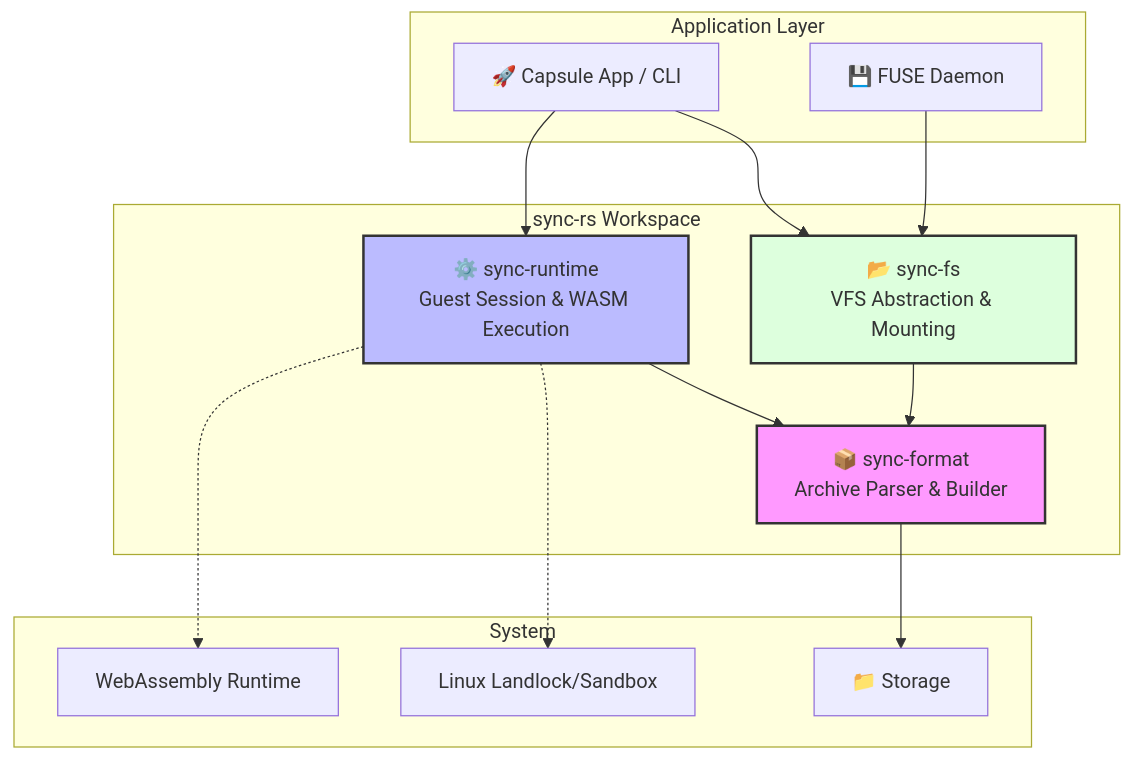
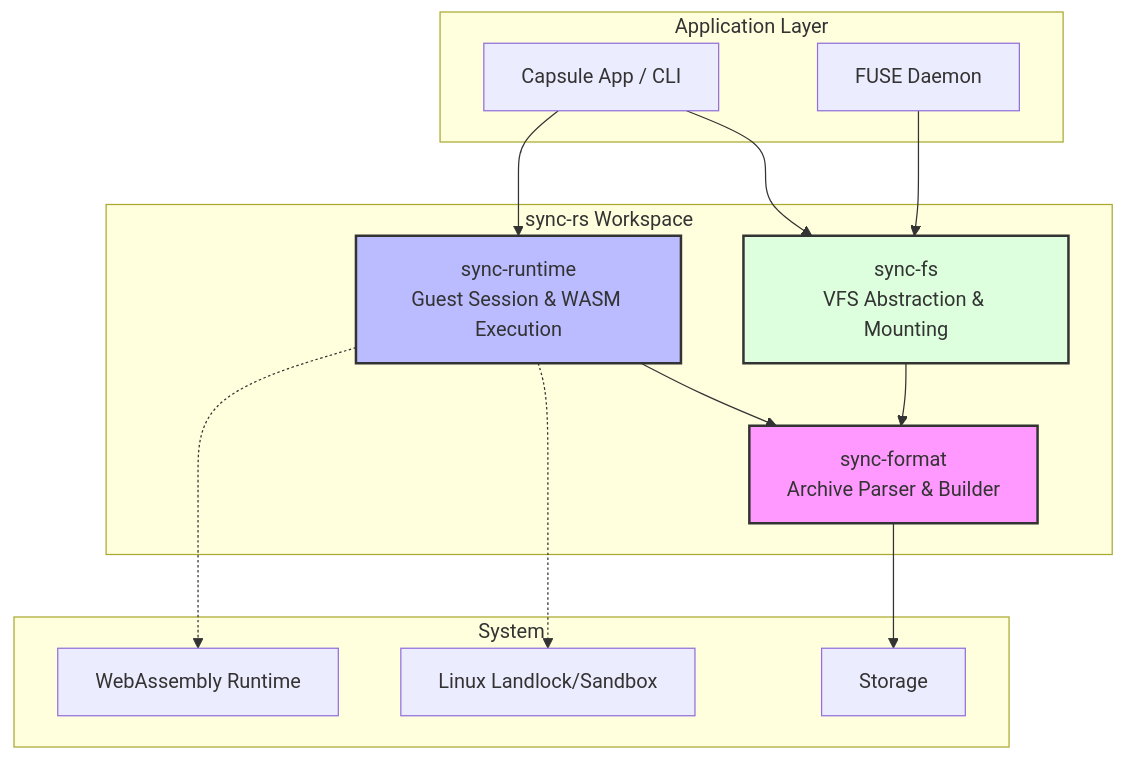
Before and after one commit to Koh0920/sync-rs: the first of 2 diagrams in README.md, drawn with Mermaid. The commit also changed other lines of this file, not shown here.

````diff
--- a/README.md
+++ b/README.md
@@ -26,34 +26,34 @@
 ```mermaid
 graph TD
     subgraph "Application Layer"
-        App[🚀 Capsule App / CLI]
-        FUSE[💾 FUSE Daemon]
+        App[Capsule App / CLI]
+        FUSE[FUSE Daemon]
     end
 
     subgraph "sync-rs Workspace"
-        Runtime[⚙️ sync-runtime<br/>Guest Session & WASM Execution]
-        FS[📂 sync-fs<br/>VFS Abstraction & Mounting]
-        Format[📦 sync-format<br/>Archive Parser & Builder]
+        Runtime[sync-runtime<br/>Guest Session & WASM Execution]
+        FS[sync-fs<br/>VFS Abstraction & Mounting]
+        Format[sync-format<br/>Archive Parser & Builder]
     end
 
     subgraph "System"
         WASM[WebAssembly Runtime]
         LSM[Linux Landlock/Sandbox]
-        Disk[📁 Storage]
+        Disk[Storage]
     end
 
     App --> Runtime
     App --> FS
     FUSE --> FS
     
     Runtime --> Format
     FS --> Format
     
     Runtime -.-> WASM
     Runtime -.-> LSM
     Format --> Disk
     
     style Format fill:#f9f,stroke:#333,stroke-width:2px
     style Runtime fill:#bbf,stroke:#333,stroke-width:2px
     style FS fill:#dfd,stroke:#333,stroke-width:2px
 ```
````
